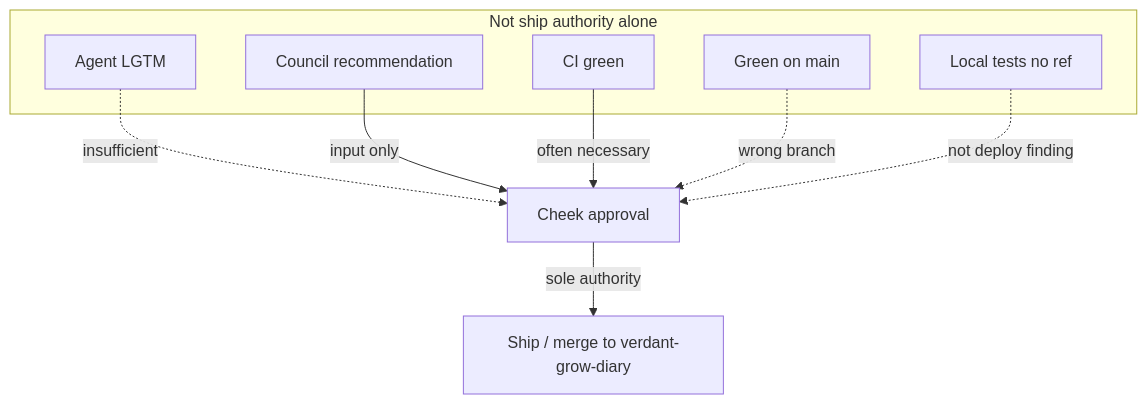
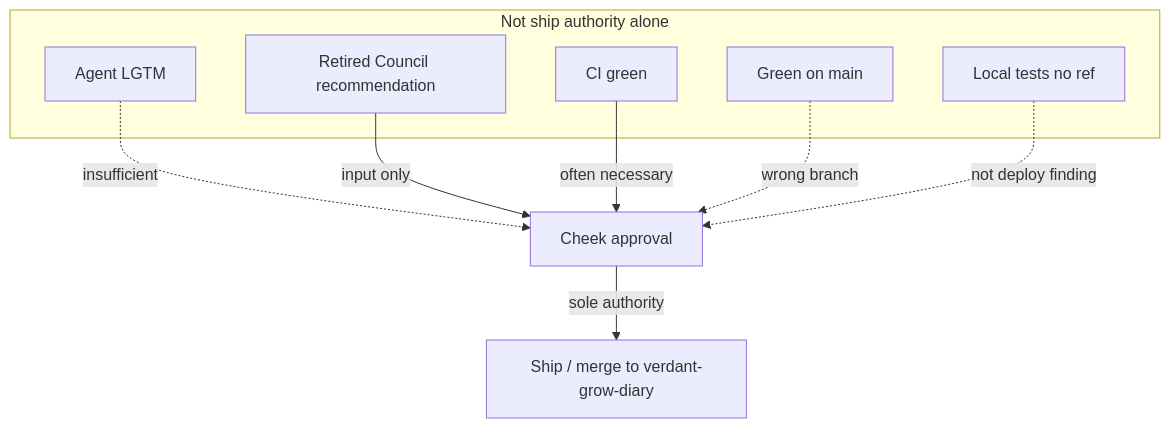
The fourth of 4 diagrams in docs/agents/cheek-approval-workflow.md (Verdant-OS/verdant-grow-diary), drawn with Mermaid before and after one commit. The commit also changed other lines of this file and 52 other files, not shown here.

````diff
--- a/docs/agents/cheek-approval-workflow.md
+++ b/docs/agents/cheek-approval-workflow.md
@@ -464,20 +456,20 @@
 ```mermaid
 flowchart TB
   subgraph not_enough["Not ship authority alone"]
     LGTM["Agent LGTM"]
-    CounRec["Council recommendation"]
+    CounRec["Retired Council recommendation"]
     GreenCI["CI green"]
     Main["Green on main"]
     Local["Local tests no ref"]
   end
 
   Cheek["Cheek approval"]
   Ship["Ship / merge to verdant-grow-diary"]
 
   LGTM -.->|insufficient| Cheek
   CounRec -->|input only| Cheek
   GreenCI -->|often necessary| Cheek
   Main -.->|wrong branch| Cheek
   Local -.->|not deploy finding| Cheek
   Cheek -->|sole authority| Ship
 ```
````
